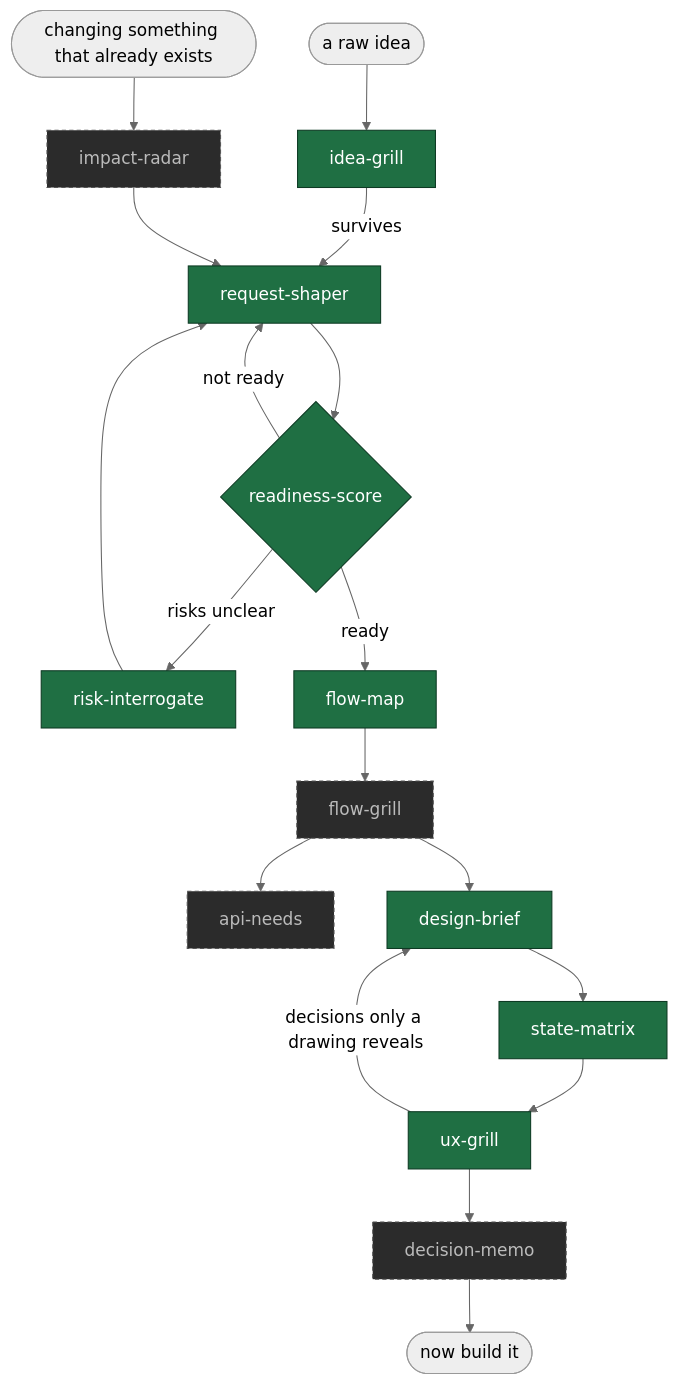
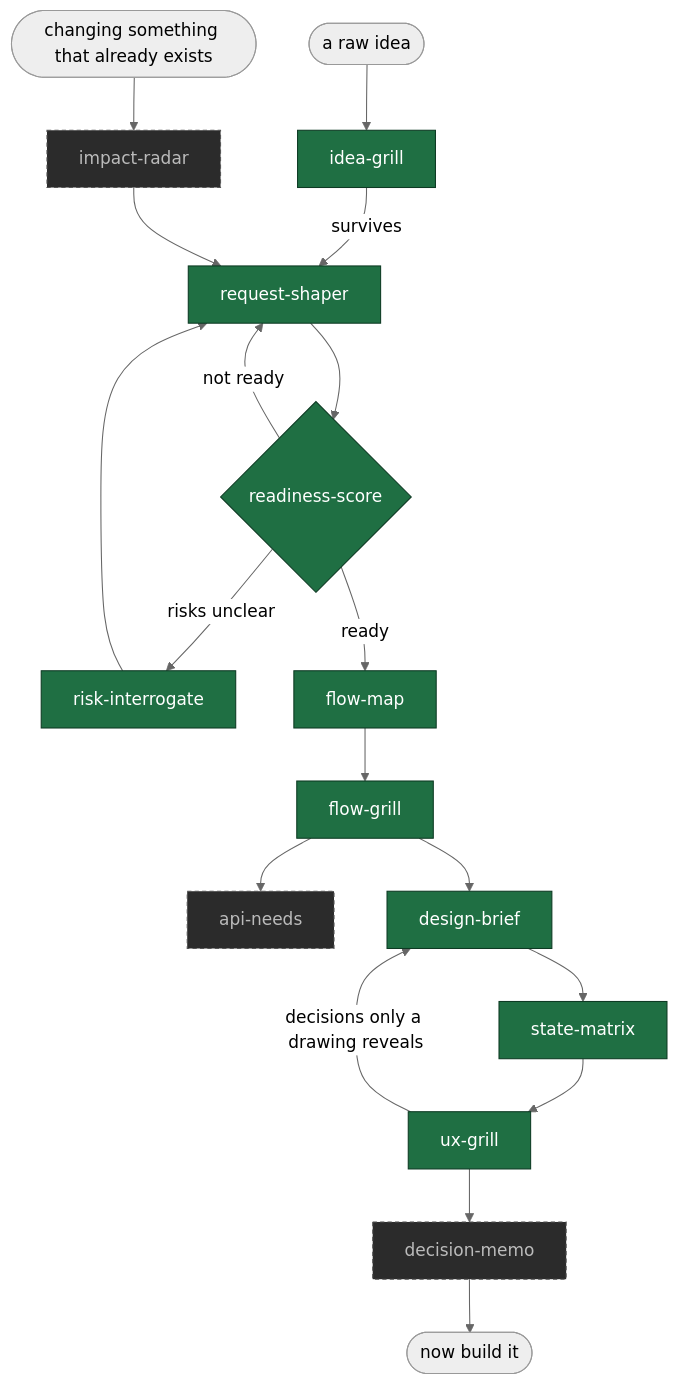
The diagram in README.md (ratipcan-uysal/before-you-build), drawn with Mermaid (neutral theme) before and after one commit. The commit also changed other lines of this file and 6 other files, not shown here.

First line of the commit message:
Add flow-grill — the paths that lead nowhere

````diff
--- a/README.md
+++ b/README.md
@@ -36,25 +36,25 @@
 ```mermaid
 flowchart TD
     idea([a raw idea]) --> IG[idea-grill]
     IG -->|survives| RS[request-shaper]
     RS --> SC{readiness-score}
     SC -->|not ready| RS
     SC -->|risks unclear| RI[risk-interrogate]
     RI --> RS
     SC -->|ready| FM[flow-map]
     FM --> FG[flow-grill]
     FG --> AN[api-needs]
     FG --> DB[design-brief]
     DB --> SM[state-matrix]
     SM --> UX[ux-grill]
     UX -->|decisions only a drawing reveals| DB
     UX --> DM[decision-memo]
     DM --> out([now build it])
     change([changing something that already exists]) --> IR[impact-radar]
     IR --> RS
 
     classDef shipped fill:#1f6f43,stroke:#0d3a23,color:#fff
     classDef planned fill:#2b2b2b,stroke:#555,color:#bbb,stroke-dasharray:4 3
-    class IG,RS,SC,RI,DB,UX,SM,FM shipped
-    class FG,AN,IR,DM planned
+    class IG,RS,SC,RI,DB,UX,SM,FM,FG shipped
+    class AN,IR,DM planned
 ```
````
